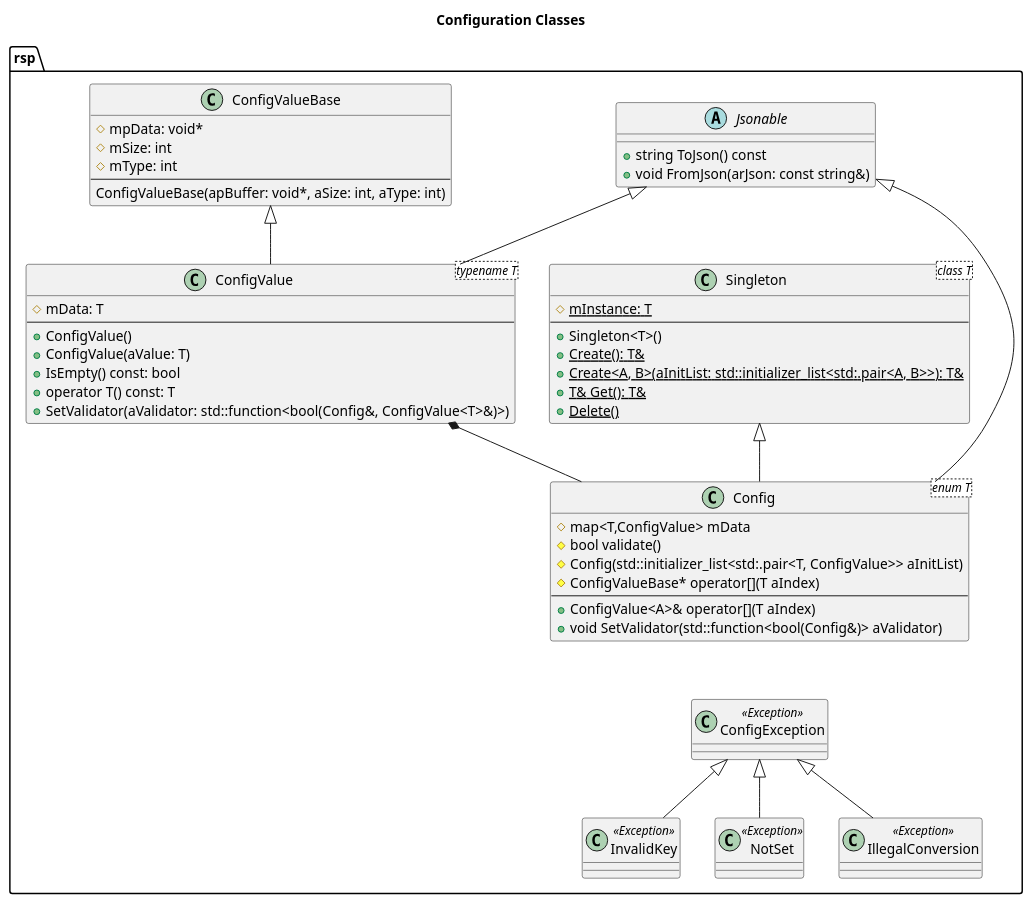
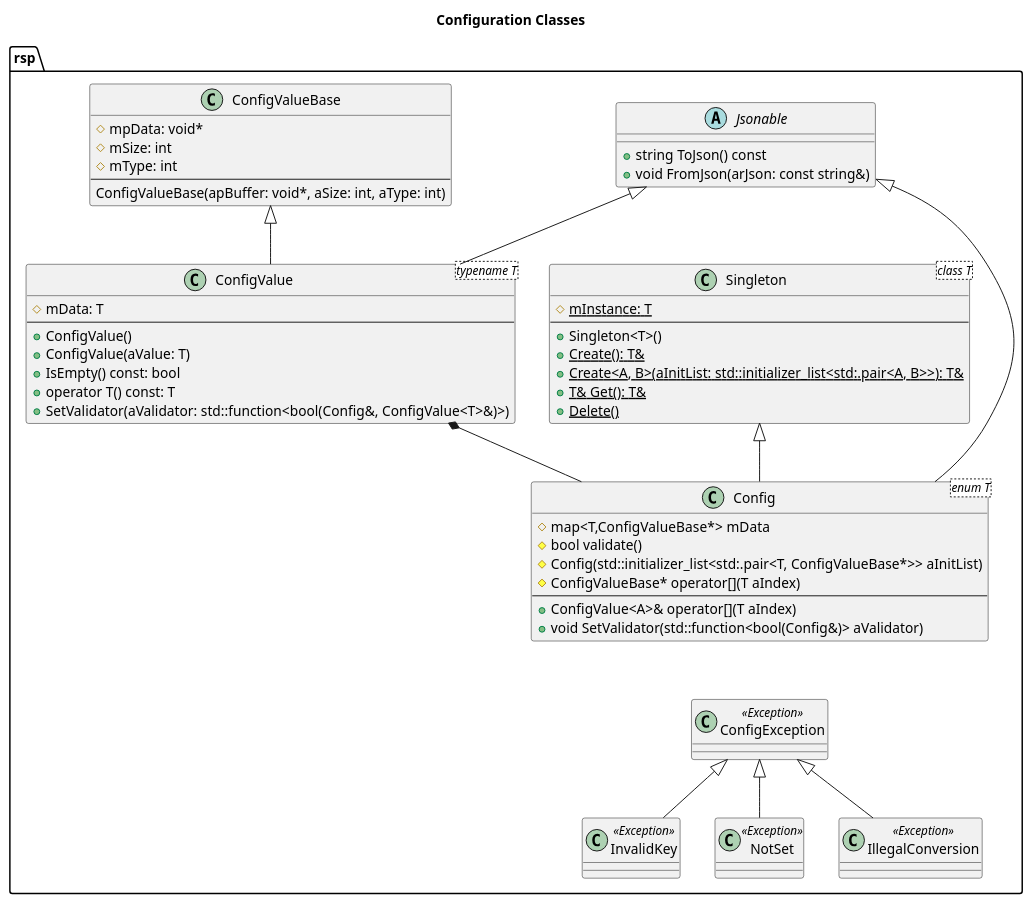
The diagram in docs/uml/Config Classes.puml (rsps/rsp-core-library), drawn with PlantUML before and after one commit. The commit also changed 3 other files, not shown here.

Commit message:
Fixed diagrams and architecture doc after initial review

```diff
--- a/docs/uml/Config Classes.puml
+++ b/docs/uml/Config Classes.puml
@@ -1,72 +1,72 @@
 @startuml
 
 skinparam stereotypeCBackgroundColor<<Exception>> Red
 'hide stereotype
 
 title Configuration Classes
 
 namespace rsp {
 
 abstract class Jsonable {
     +string ToJson() const
     +void FromJson(arJson: const string&)
 }
 
 class Singleton<class T> {
     #{static} mInstance: T
 --
     +Singleton<T>()
     +{static} Create(): T&
     +{static} Create<A, B>(aInitList: std::initializer_list<std:.pair<A, B>>): T& 
     +{static} T& Get(): T& 
     +{static} Delete()
 }
 
 class ConfigValueBase {
     #mpData: void*
     #mSize: int
     #mType: int
 --
     ConfigValueBase(apBuffer: void*, aSize: int, aType: int)
 }
 
 class ConfigValue<typename T> {
     #mData: T
 --
     +ConfigValue()
     +ConfigValue(aValue: T)
     +IsEmpty() const: bool
     +operator T() const: T
     +SetValidator(aValidator: std::function<bool(Config&, ConfigValue<T>&)>)
 }
 
 class Config<enum T> {
-    #map<T,ConfigValue> mData
+    #map<T,ConfigValueBase*> mData
     #bool validate()
-    #Config(std::initializer_list<std:.pair<T, ConfigValue>> aInitList)
+    #Config(std::initializer_list<std:.pair<T, ConfigValueBase*>> aInitList)
     #ConfigValueBase* operator[](T aIndex)
 --
     +ConfigValue<A>& operator[](T aIndex)
     +void SetValidator(std::function<bool(Config&)> aValidator)
 }
 
 ConfigValueBase <|-- ConfigValue
 ConfigValue *-- Config
 Jsonable <|-- Config
 Jsonable <|-- ConfigValue
 Singleton <|-- Config
 
 class ConfigException <<Exception>>
 class InvalidKey <<Exception>>
 class NotSet <<Exception>>
 class IllegalConversion <<Exception>>
 
 ConfigException <|-- InvalidKey
 ConfigException <|-- NotSet
 ConfigException <|-- IllegalConversion
 
 Config <-down[hidden]- ConfigException
 
 }
 
 @enduml
```
